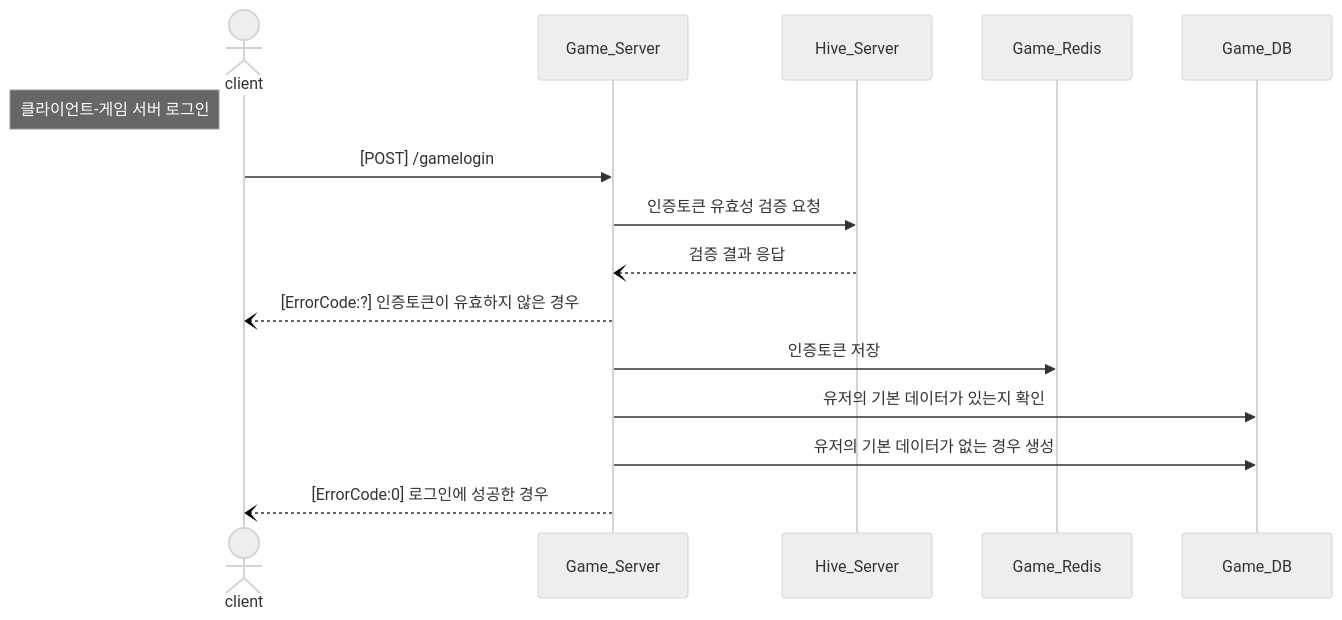
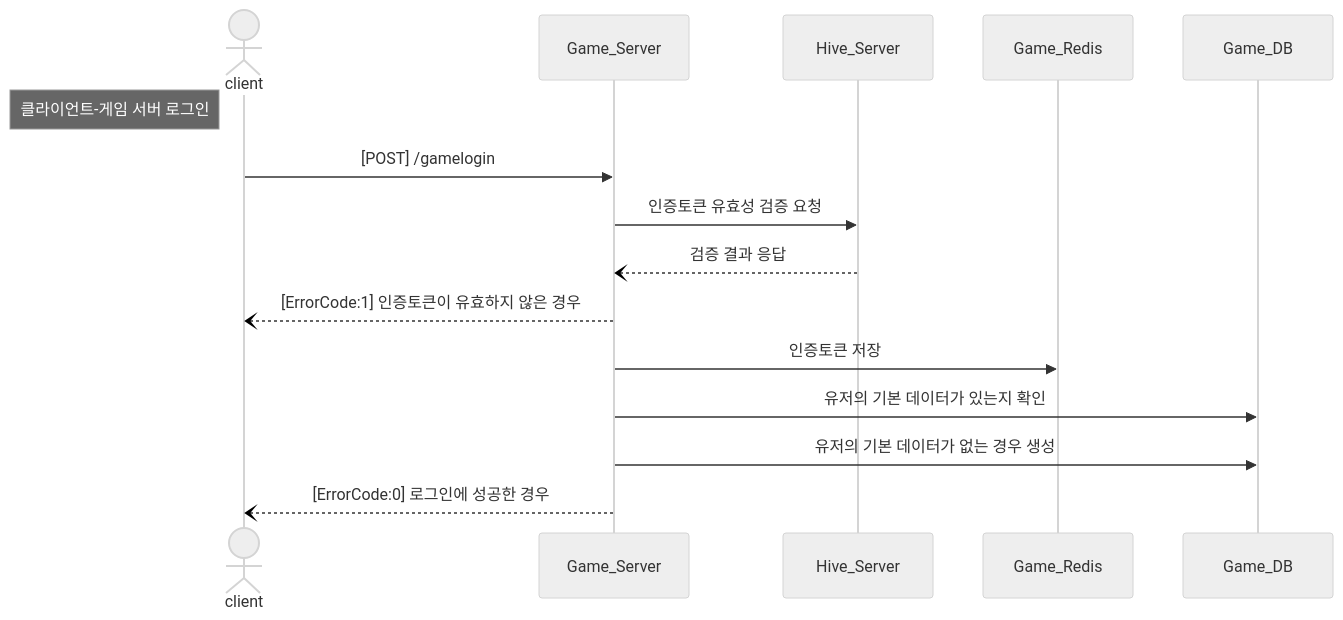
The fourth of 4 diagrams in README.md (KongJJoki/OmokProj), drawn with Mermaid (neutral theme) before and after one commit. The commit also changed other lines of this file, not shown here.

````diff
--- a/README.md
+++ b/README.md
@@ -219,20 +220,20 @@
 ```mermaid
 sequenceDiagram
     actor A as client
     participant B as Game_Server
     participant C as Hive_Server
     participant D as Game_Redis
     participant E as Game_DB
 
     %% 클라이언트-게임 서버 로그인
     note left of A: 클라이언트-게임 서버 로그인
     A->>B: [POST] /gamelogin
     B->>C: 인증토큰 유효성 검증 요청
     C--)B: 검증 결과 응답
-    B--)A: [ErrorCode:?] 인증토큰이 유효하지 않은 경우
+    B--)A: [ErrorCode:1] 인증토큰이 유효하지 않은 경우
     B->>D: 인증토큰 저장
     B->>E: 유저의 기본 데이터가 있는지 확인
     B->>E: 유저의 기본 데이터가 없는 경우 생성
     B--)A: [ErrorCode:0] 로그인에 성공한 경우
     
 ```
````
